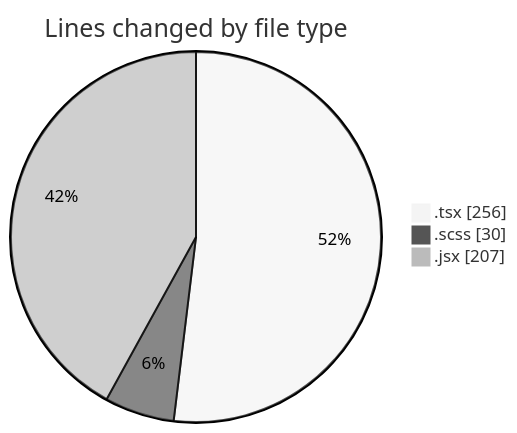
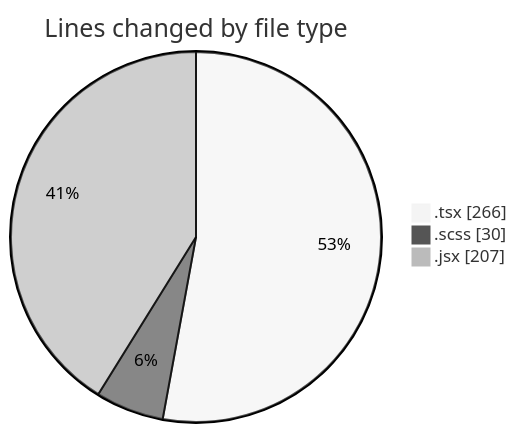
The first of 2 diagrams in 2026-07-23/cda/README.md (momahboobian/code-tracking), drawn with Mermaid (neutral theme) before and after one commit. The commit also changed other lines of this file and 1 other file, not shown here.

````diff
--- a/2026-07-23/cda/README.md
+++ b/2026-07-23/cda/README.md
@@ -22,7 +22,7 @@
 ```mermaid
 pie showData
 title Lines changed by file type
-".tsx" : 256
+".tsx" : 266
 ".scss" : 30
 ".jsx" : 207
 ```
````
